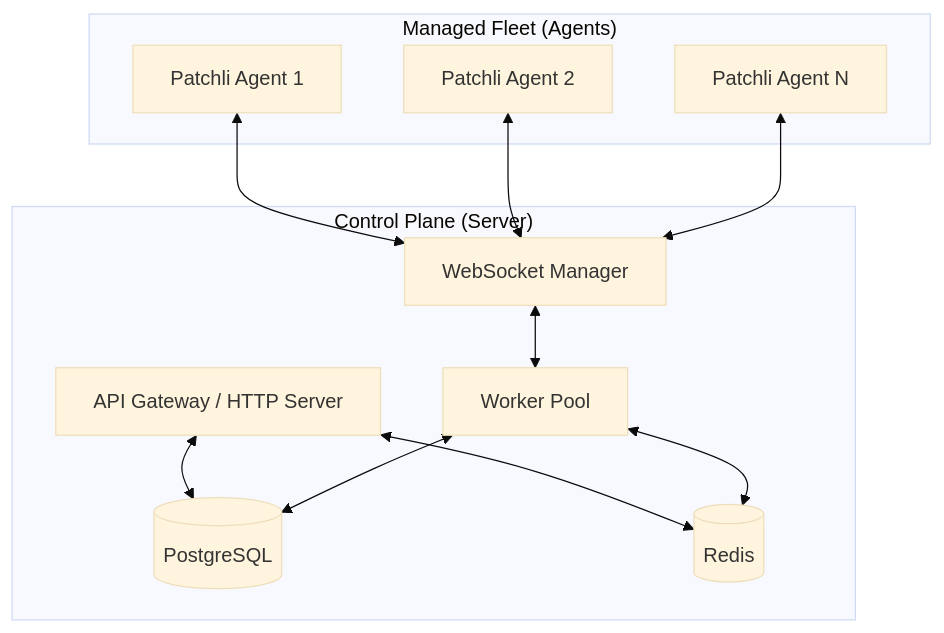
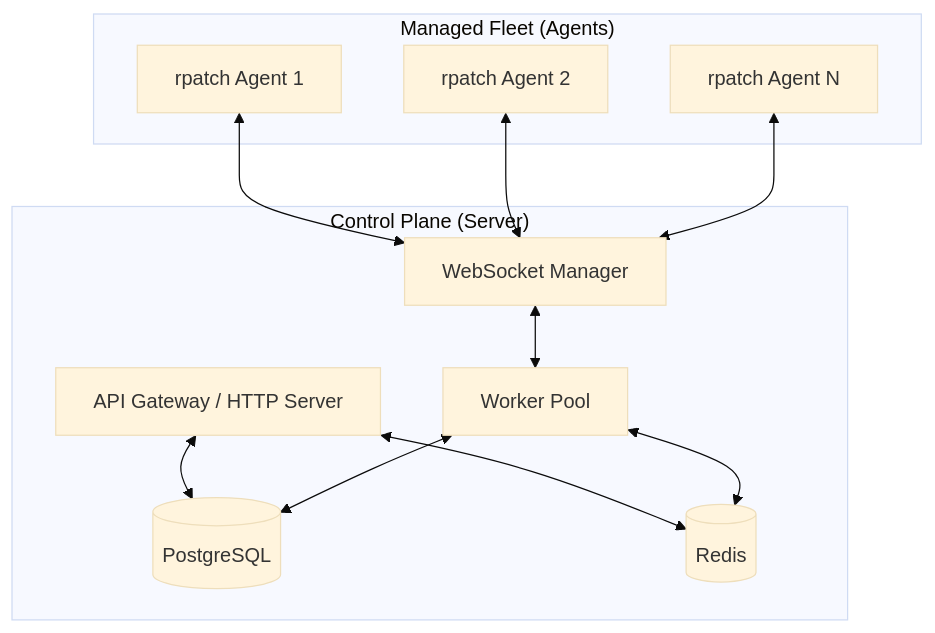
The first of 2 diagrams in README.md (arumes31/patchli), drawn with Mermaid (base theme) before and after one commit. The commit also changed other lines of this file and 64 other files, not shown here.

First line of the commit message:
chore: rename patchli to rpatch; add completeness check and 100-step plan (#193)

````diff
--- a/README.md
+++ b/README.md
@@ -18,26 +20,26 @@
 ```mermaid
 graph TD
     subgraph "Control Plane (Server)"
         API[API Gateway / HTTP Server]
         WP[Worker Pool]
         DB[(PostgreSQL)]
         Cache[(Redis)]
         WS[WebSocket Manager]
     end
 
     subgraph "Managed Fleet (Agents)"
-        Agent1[Patchli Agent 1]
-        Agent2[Patchli Agent 2]
-        AgentN[Patchli Agent N]
+        Agent1[rpatch Agent 1]
+        Agent2[rpatch Agent 2]
+        AgentN[rpatch Agent N]
     end
 
     Agent1 <--> WS
     Agent2 <--> WS
     AgentN <--> WS
     
     API <--> DB
     API <--> Cache
     WP <--> DB
     WP <--> Cache
     WS <--> WP
 ```
````
